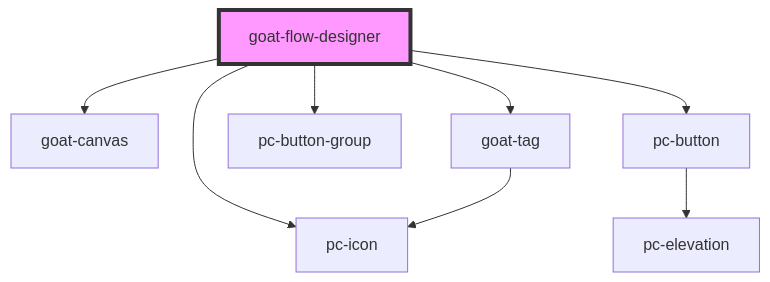
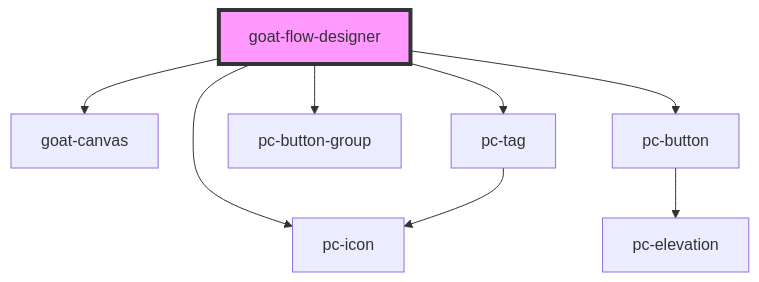
Before and after one commit to redvars/peacock: the diagram in src/components/application/flow-designer/flow-designer/readme.md, drawn with Mermaid. The commit also changed other lines of this file and 127 other files, not shown here.

````diff
--- a/src/components/application/flow-designer/flow-designer/readme.md
+++ b/src/components/application/flow-designer/flow-designer/readme.md
@@ -28,11 +28,11 @@
 ```mermaid
 graph TD;
   goat-flow-designer --> goat-canvas
   goat-flow-designer --> pc-icon
-  goat-flow-designer --> goat-tag
+  goat-flow-designer --> pc-tag
   goat-flow-designer --> pc-button-group
   goat-flow-designer --> pc-button
-  goat-tag --> pc-icon
+  pc-tag --> pc-icon
   pc-button --> pc-elevation
   style goat-flow-designer fill:#f9f,stroke:#333,stroke-width:4px
 ```
````
